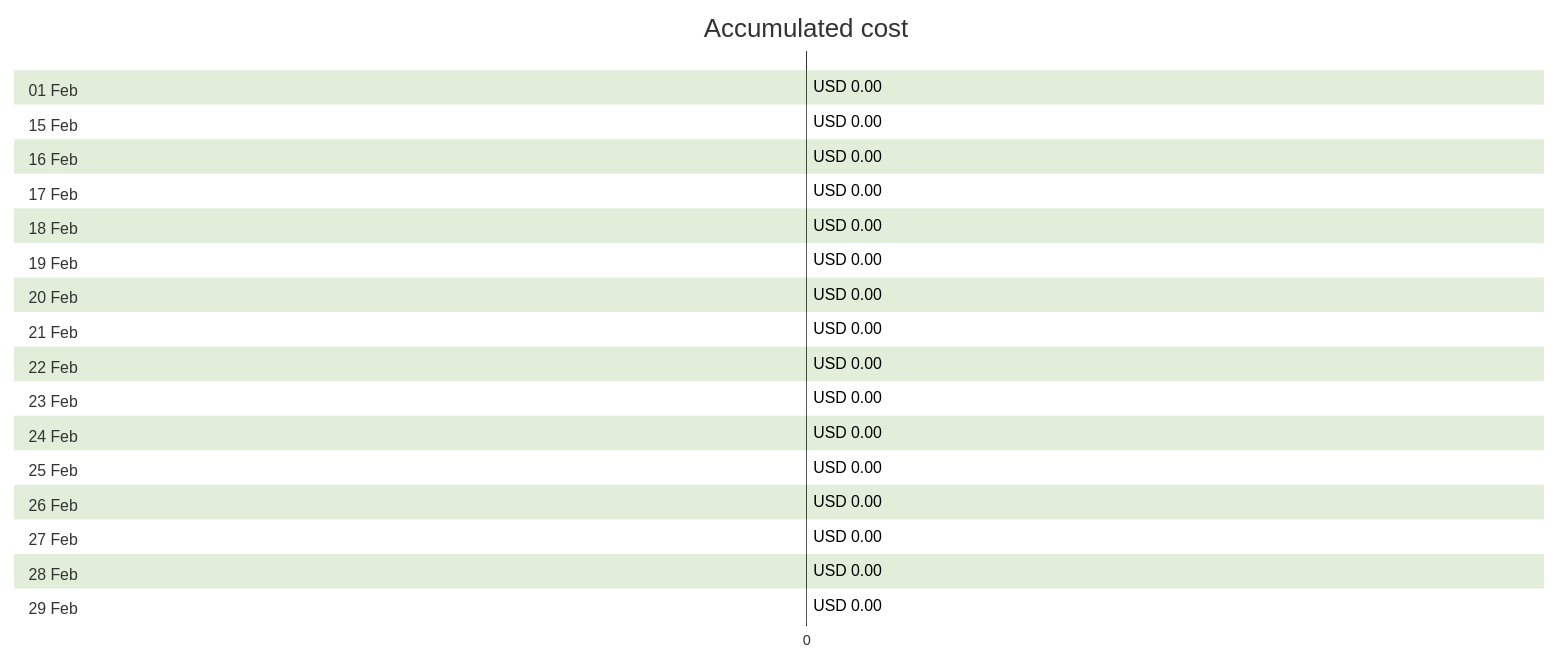
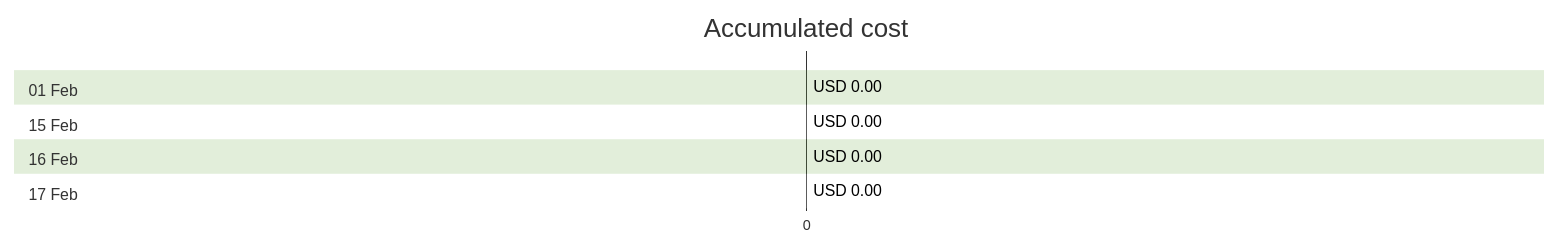
One commit to jpfulton/azure-personal-reports changed the first of 4 diagrams in cost-reports/azureapp-auto-alerts-873533-jpatrick_fulton_gmail_com/README.md. Above: the diagram before and after it, drawn with Mermaid (forest theme). The commit also changed other lines of this file and 1 other file, not shown here.

Commit message:
Generated reports [skip ci]

````diff
--- a/cost-reports/azureapp-auto-alerts-873533-jpatrick_fulton_gmail_com/README.md
+++ b/cost-reports/azureapp-auto-alerts-873533-jpatrick_fulton_gmail_com/README.md
@@ -20,38 +20,14 @@
 ```mermaid
 gantt
    title Accumulated cost
    dateFormat  X
    axisFormat %s
    section 01 Feb
    USD 0.00 :0, 0
    section 15 Feb
    USD 0.00 :0, 0
    section 16 Feb
    USD 0.00 :0, 0
    section 17 Feb
    USD 0.00 :0, 0
-   section 18 Feb
-   USD 0.00 : done, 0, 0
-   section 19 Feb
-   USD 0.00 : done, 0, 0
-   section 20 Feb
-   USD 0.00 : done, 0, 0
-   section 21 Feb
-   USD 0.00 : done, 0, 0
-   section 22 Feb
-   USD 0.00 : done, 0, 0
-   section 23 Feb
-   USD 0.00 : done, 0, 0
-   section 24 Feb
-   USD 0.00 : done, 0, 0
-   section 25 Feb
-   USD 0.00 : done, 0, 0
-   section 26 Feb
-   USD 0.00 : done, 0, 0
-   section 27 Feb
-   USD 0.00 : done, 0, 0
-   section 28 Feb
-   USD 0.00 : done, 0, 0
-   section 29 Feb
-   USD 0.00 : done, 0, 0
 ```
````
